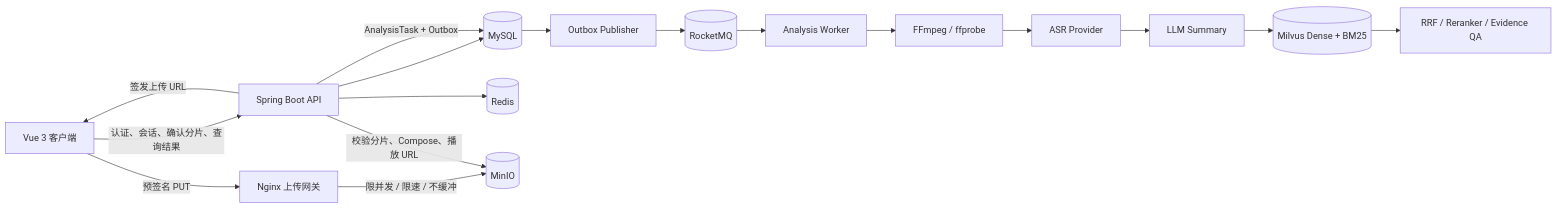
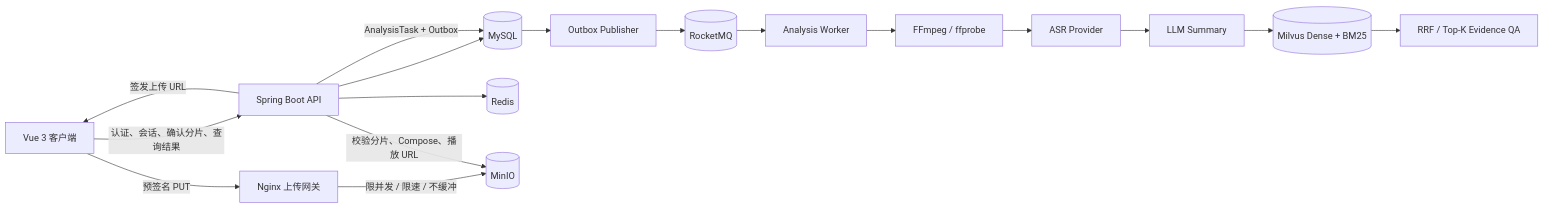
Before and after one commit to HHoverX/Video-agent: the diagram in README.md, drawn with Mermaid. The commit also changed other lines of this file and 56 other files, not shown here.

````diff
--- a/README.md
+++ b/README.md
@@ -37,20 +37,20 @@
 ```mermaid
 flowchart LR
     Browser["Vue 3 客户端"] -->|"认证、会话、确认分片、查询结果"| API["Spring Boot API"]
     API --> MySQL[(MySQL)]
     API --> Redis[(Redis)]
     API -->|"签发上传 URL"| Browser
     Browser -->|"预签名 PUT"| Gateway["Nginx 上传网关"]
     Gateway -->|"限并发 / 限速 / 不缓冲"| MinIO[(MinIO)]
     API -->|"校验分片、Compose、播放 URL"| MinIO
 
     API -->|"AnalysisTask + Outbox"| MySQL
     MySQL --> Publisher["Outbox Publisher"]
     Publisher --> MQ[(RocketMQ)]
     MQ --> Worker["Analysis Worker"]
     Worker --> FFmpeg["FFmpeg / ffprobe"]
     FFmpeg --> ASR["ASR Provider"]
     ASR --> Summary["LLM Summary"]
     Summary --> Milvus[(Milvus Dense + BM25)]
-    Milvus --> QA["RRF / Reranker / Evidence QA"]
+    Milvus --> QA["RRF / Top-K Evidence QA"]
 ```
````
